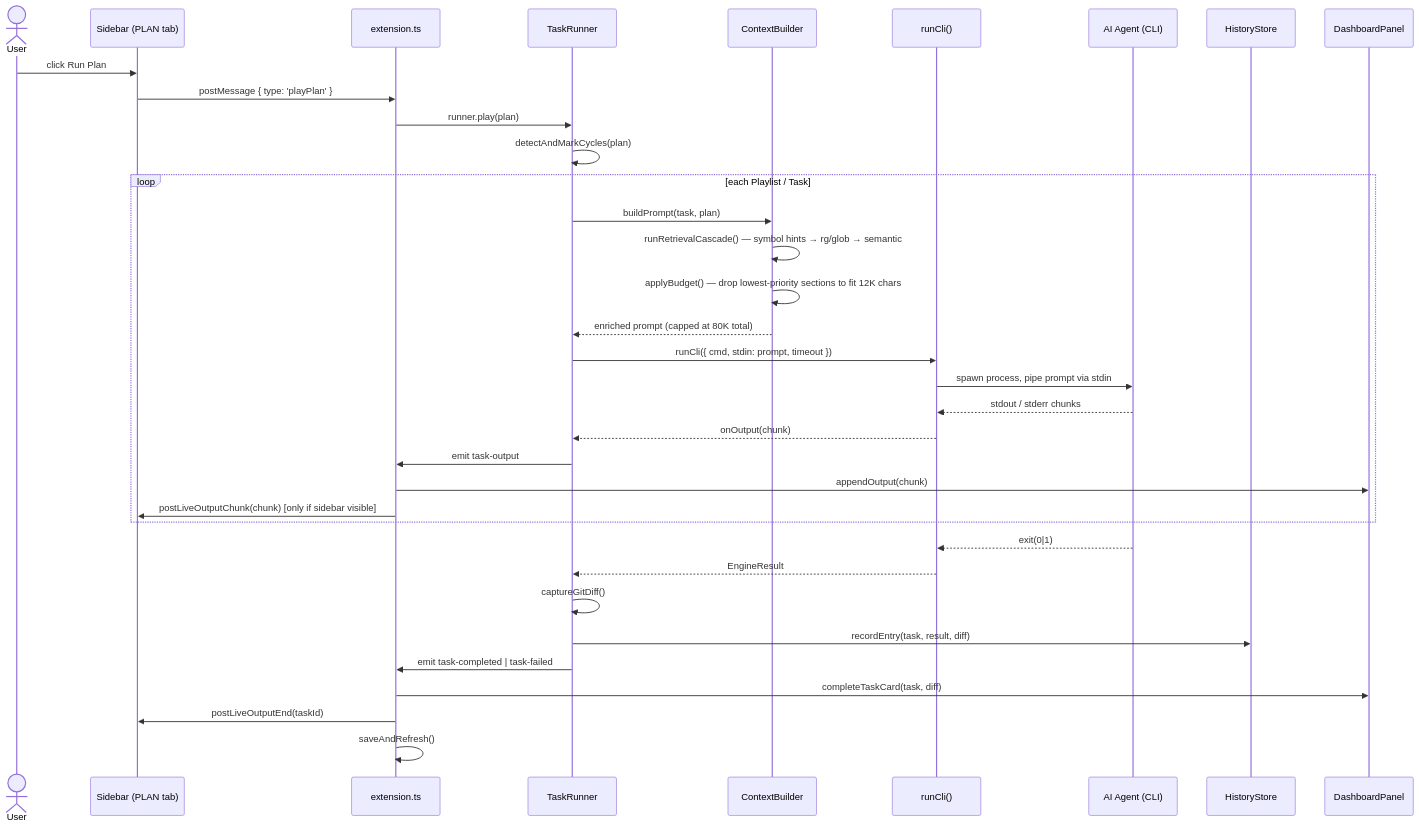
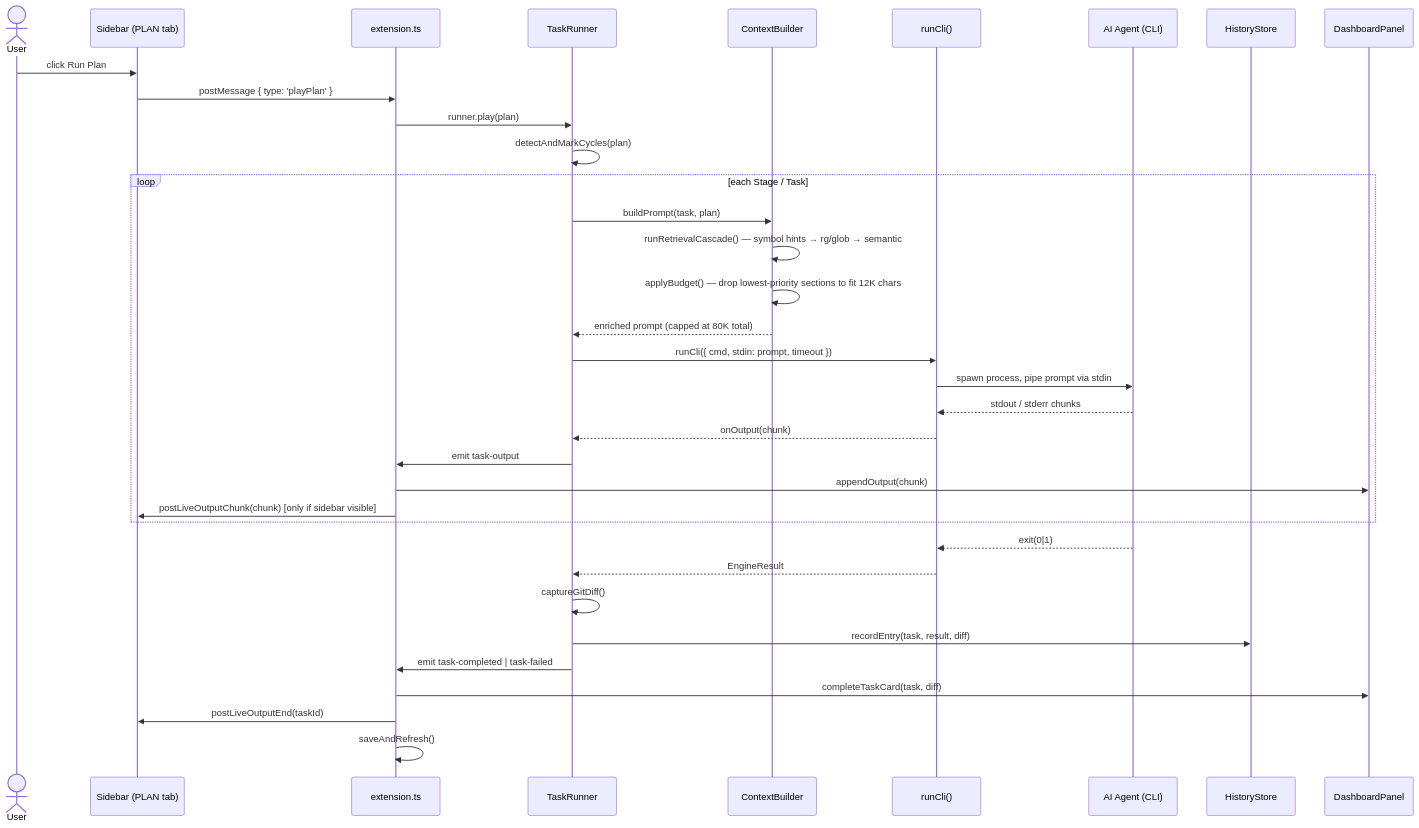
The second of 7 diagrams in docs/architecture.md (sujan-poudel-03/moag), drawn with Mermaid before and after one commit. The commit also changed other lines of this file and 39 other files, not shown here.

First line of the commit message:
feat: Playlist is now called Stage everywhere a user reads it

````diff
--- a/docs/architecture.md
+++ b/docs/architecture.md
@@ -91,40 +91,40 @@
 ```mermaid
 sequenceDiagram
     actor User
     participant Sidebar as Sidebar (PLAN tab)
     participant EXT as extension.ts
     participant Runner as TaskRunner
     participant CTX as ContextBuilder
     participant CLI as runCli()
     participant Agent as AI Agent (CLI)
     participant History as HistoryStore
     participant Dashboard as DashboardPanel
 
     User->>Sidebar: click Run Plan
     Sidebar->>EXT: postMessage { type: 'playPlan' }
     EXT->>Runner: runner.play(plan)
     Runner->>Runner: detectAndMarkCycles(plan)
 
-    loop each Playlist / Task
+    loop each Stage / Task
         Runner->>CTX: buildPrompt(task, plan)
         CTX->>CTX: runRetrievalCascade() — symbol hints → rg/glob → semantic
         CTX->>CTX: applyBudget() — drop lowest-priority sections to fit 12K chars
         CTX-->>Runner: enriched prompt (capped at 80K total)
         Runner->>CLI: runCli({ cmd, stdin: prompt, timeout })
         CLI->>Agent: spawn process, pipe prompt via stdin
         Agent-->>CLI: stdout / stderr chunks
         CLI-->>Runner: onOutput(chunk)
         Runner->>EXT: emit task-output
         EXT->>Dashboard: appendOutput(chunk)
         EXT->>Sidebar: postLiveOutputChunk(chunk)  [only if sidebar visible]
     end
 
     Agent-->>CLI: exit(0|1)
     CLI-->>Runner: EngineResult
     Runner->>Runner: captureGitDiff()
     Runner->>History: recordEntry(task, result, diff)
     Runner->>EXT: emit task-completed | task-failed
     EXT->>Dashboard: completeTaskCard(task, diff)
     EXT->>Sidebar: postLiveOutputEnd(taskId)
     EXT->>EXT: saveAndRefresh()
 ```
````
